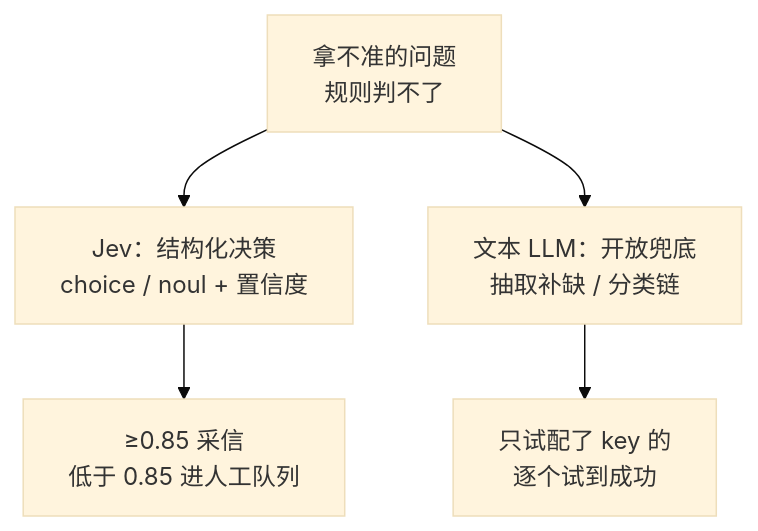
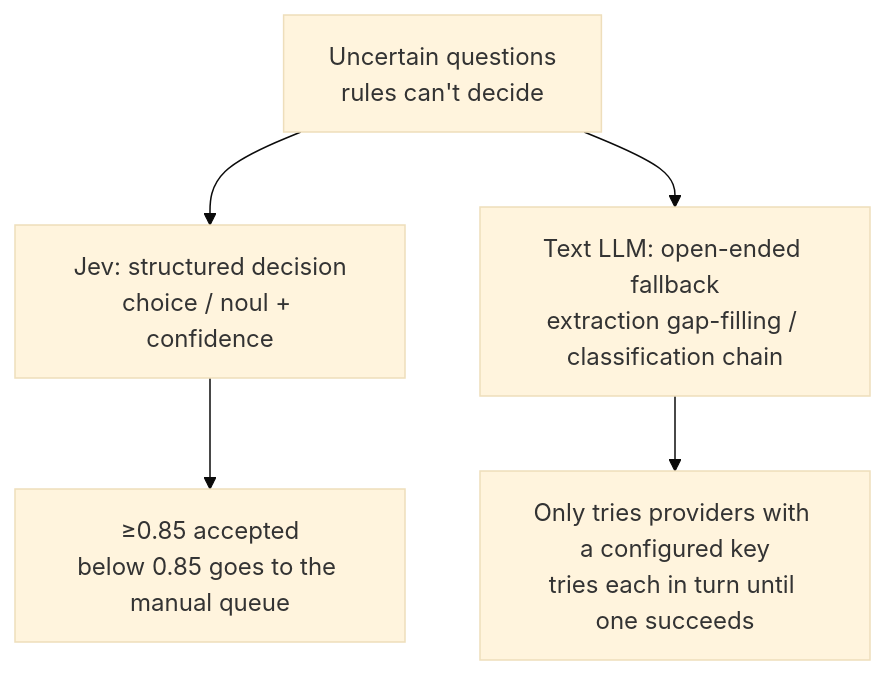
One commit to xbl2602/Averis-Monash-Hackathon-2026---Cat-on-Lime changed the diagram in docs/diagrams/jev-roles.mmd. Above: the diagram before and after it, drawn with Mermaid (base theme). The commit also changed 161 other files, not shown here.

```diff
--- a/docs/diagrams/jev-roles.mmd
+++ b/docs/diagrams/jev-roles.mmd
@@ -1,8 +1,8 @@
-%% 源码：README Engine 节 Jev 分工图 + docs/diagrams/jev-roles.png。
-%% 重渲染命令（仓库根目录）：npx -y @mermaid-js/mermaid-cli -i docs/diagrams/jev-roles.mmd -o docs/diagrams/jev-roles.png -c docs/diagrams/mermaid-config.json -b white -s 2
-%% 口径见 docs/DECISION_SPEC.md §2.3/§4.2：Jev 只做 choice/noul，从不生成自然语言；阈值 0.85。
+%% Source: the README Engine section Jev division-of-labor diagram + docs/diagrams/jev-roles.png.
+%% Re-render command (from repo root): npx -y @mermaid-js/mermaid-cli -i docs/diagrams/jev-roles.mmd -o docs/diagrams/jev-roles.png -c docs/diagrams/mermaid-config.json -b white -s 2
+%% Reference: docs/DECISION_SPEC.md §2.3/§4.2 — Jev only handles choice/noul decisions and never generates natural language; threshold is 0.85.
 flowchart TB
-    Q["拿不准的问题<br/>规则判不了"] --> J["Jev：结构化决策<br/>choice / noul + 置信度"]
-    Q --> T["文本 LLM：开放兜底<br/>抽取补缺 / 分类链"]
-    J --> C["≥0.85 采信<br/>低于 0.85 进人工队列"]
-    T --> U["只试配了 key 的<br/>逐个试到成功"]
+    Q["Uncertain questions<br/>rules can't decide"] --> J["Jev: structured decision<br/>choice / noul + confidence"]
+    Q --> T["Text LLM: open-ended fallback<br/>extraction gap-filling / classification chain"]
+    J --> C["≥0.85 accepted<br/>below 0.85 goes to the manual queue"]
+    T --> U["Only tries providers with a configured key<br/>tries each in turn until one succeeds"]
```
